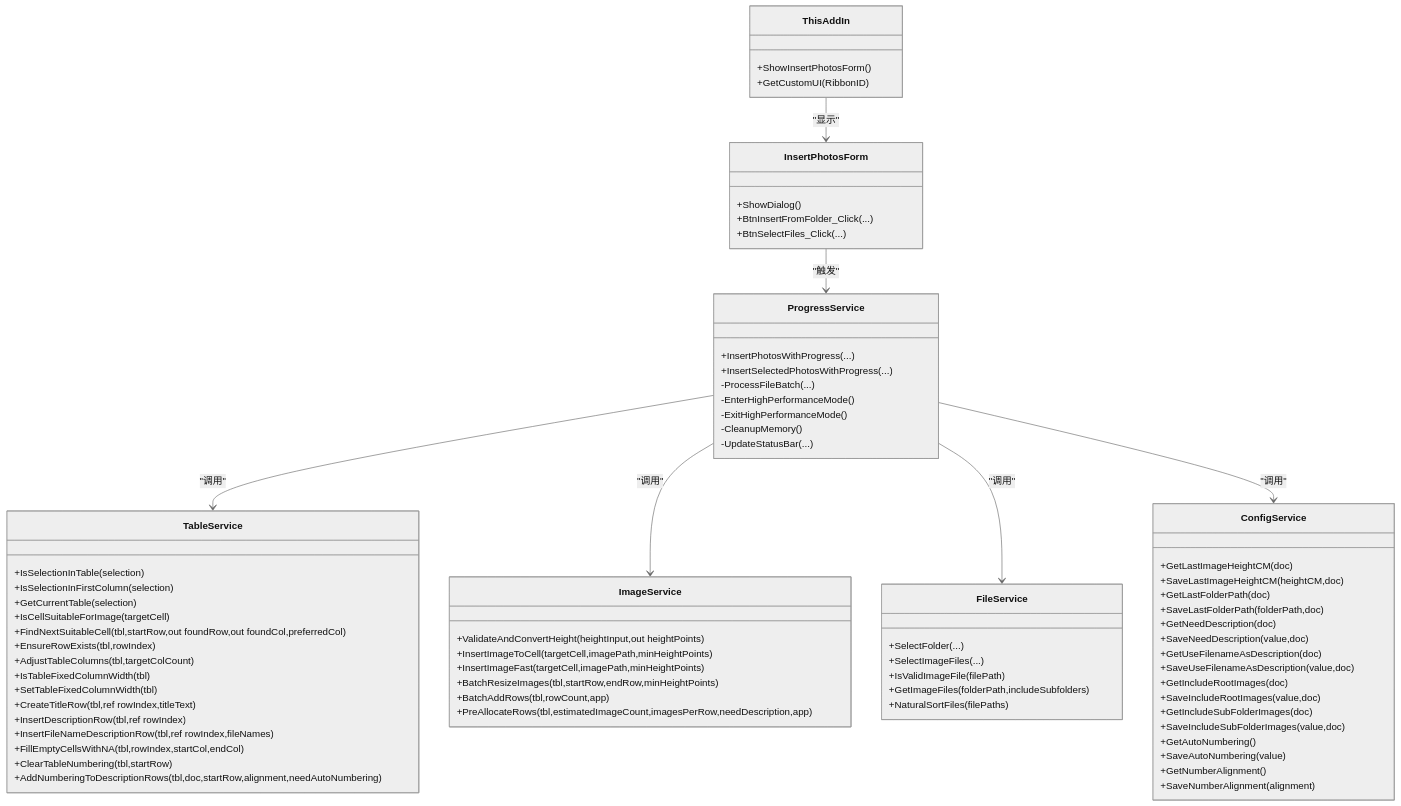
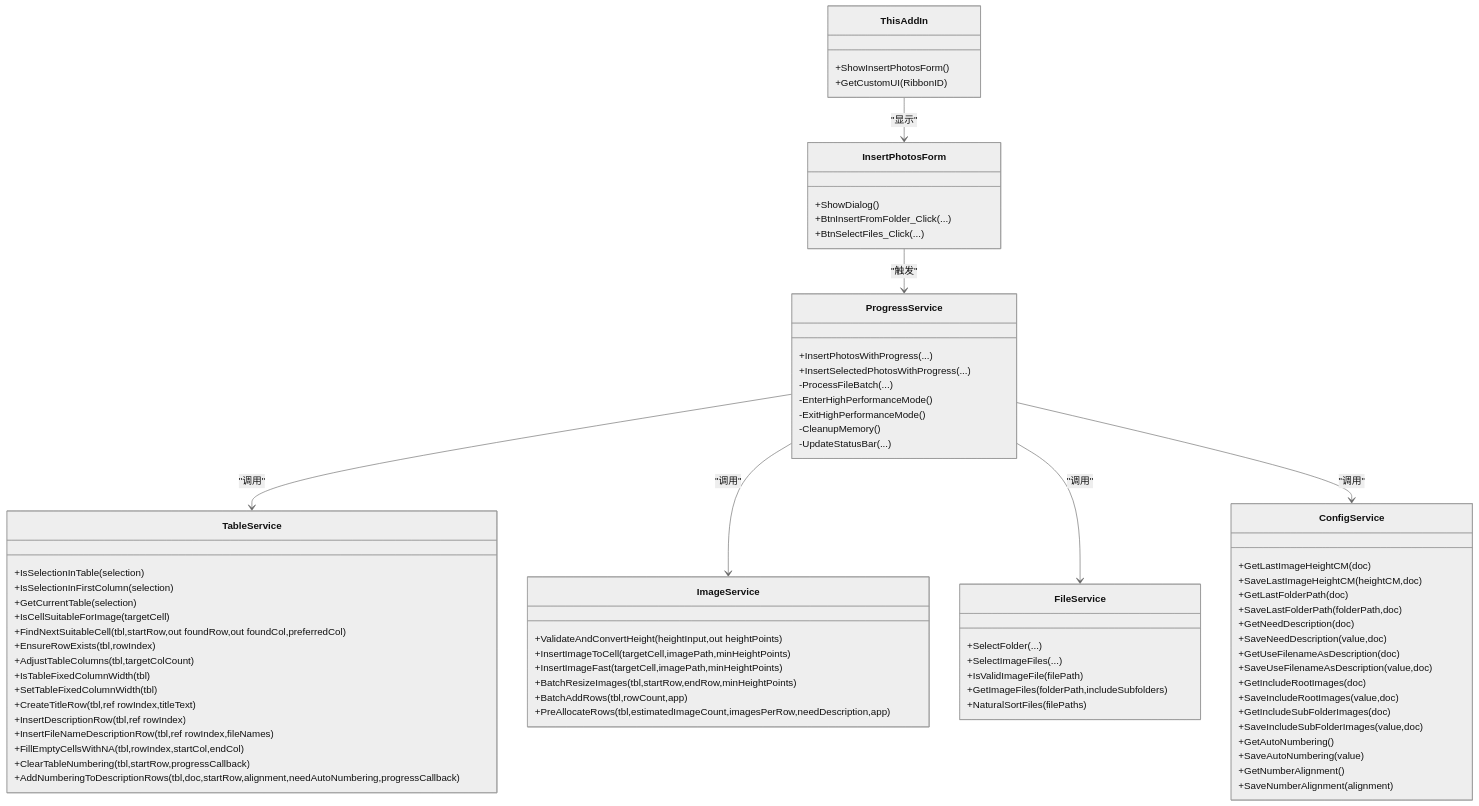
The sixth of 6 diagrams in .qoder/repowiki/zh/content/核心功能/表格处理服务.md (rainiva/WordTools), drawn with Mermaid (neutral theme) before and after one commit. The commit also changed other lines of this file and 6 other files, not shown here.

First line of the commit message:
perf: 内联编号+扫描优化+行准备加速+图片显示修复

````diff
--- a/.qoder/repowiki/zh/content/核心功能/表格处理服务.md
+++ b/.qoder/repowiki/zh/content/核心功能/表格处理服务.md
@@ -297,77 +315,77 @@
 ```mermaid
 classDiagram
 class TableService {
 +IsSelectionInTable(selection)
 +IsSelectionInFirstColumn(selection)
 +GetCurrentTable(selection)
 +IsCellSuitableForImage(targetCell)
 +FindNextSuitableCell(tbl,startRow,out foundRow,out foundCol,preferredCol)
 +EnsureRowExists(tbl,rowIndex)
 +AdjustTableColumns(tbl,targetColCount)
 +IsTableFixedColumnWidth(tbl)
 +SetTableFixedColumnWidth(tbl)
 +CreateTitleRow(tbl,ref rowIndex,titleText)
 +InsertDescriptionRow(tbl,ref rowIndex)
 +InsertFileNameDescriptionRow(tbl,ref rowIndex,fileNames)
 +FillEmptyCellsWithNA(tbl,rowIndex,startCol,endCol)
-+ClearTableNumbering(tbl,startRow)
-+AddNumberingToDescriptionRows(tbl,doc,startRow,alignment,needAutoNumbering)
++ClearTableNumbering(tbl,startRow,progressCallback)
++AddNumberingToDescriptionRows(tbl,doc,startRow,alignment,needAutoNumbering,progressCallback)
 }
 class ImageService {
 +ValidateAndConvertHeight(heightInput,out heightPoints)
 +InsertImageToCell(targetCell,imagePath,minHeightPoints)
 +InsertImageFast(targetCell,imagePath,minHeightPoints)
 +BatchResizeImages(tbl,startRow,endRow,minHeightPoints)
 +BatchAddRows(tbl,rowCount,app)
 +PreAllocateRows(tbl,estimatedImageCount,imagesPerRow,needDescription,app)
 }
 class ProgressService {
 +InsertPhotosWithProgress(...)
 +InsertSelectedPhotosWithProgress(...)
 -ProcessFileBatch(...)
 -EnterHighPerformanceMode()
 -ExitHighPerformanceMode()
 -CleanupMemory()
 -UpdateStatusBar(...)
 }
 class FileService {
 +SelectFolder(...)
 +SelectImageFiles(...)
 +IsValidImageFile(filePath)
 +GetImageFiles(folderPath,includeSubfolders)
 +NaturalSortFiles(filePaths)
 }
 class ConfigService {
 +GetLastImageHeightCM(doc)
 +SaveLastImageHeightCM(heightCM,doc)
 +GetLastFolderPath(doc)
 +SaveLastFolderPath(folderPath,doc)
 +GetNeedDescription(doc)
 +SaveNeedDescription(value,doc)
 +GetUseFilenameAsDescription(doc)
 +SaveUseFilenameAsDescription(value,doc)
 +GetIncludeRootImages(doc)
 +SaveIncludeRootImages(value,doc)
 +GetIncludeSubFolderImages(doc)
 +SaveIncludeSubFolderImages(value,doc)
 +GetAutoNumbering()
 +SaveAutoNumbering(value)
 +GetNumberAlignment()
 +SaveNumberAlignment(alignment)
 }
 class InsertPhotosForm {
 +ShowDialog()
 +BtnInsertFromFolder_Click(...)
 +BtnSelectFiles_Click(...)
 }
 class ThisAddIn {
 +ShowInsertPhotosForm()
 +GetCustomUI(RibbonID)
 }
 ProgressService --> TableService : "调用"
 ProgressService --> ImageService : "调用"
 ProgressService --> FileService : "调用"
 ProgressService --> ConfigService : "调用"
 InsertPhotosForm --> ProgressService : "触发"
 ThisAddIn --> InsertPhotosForm : "显示"
 ```
````
